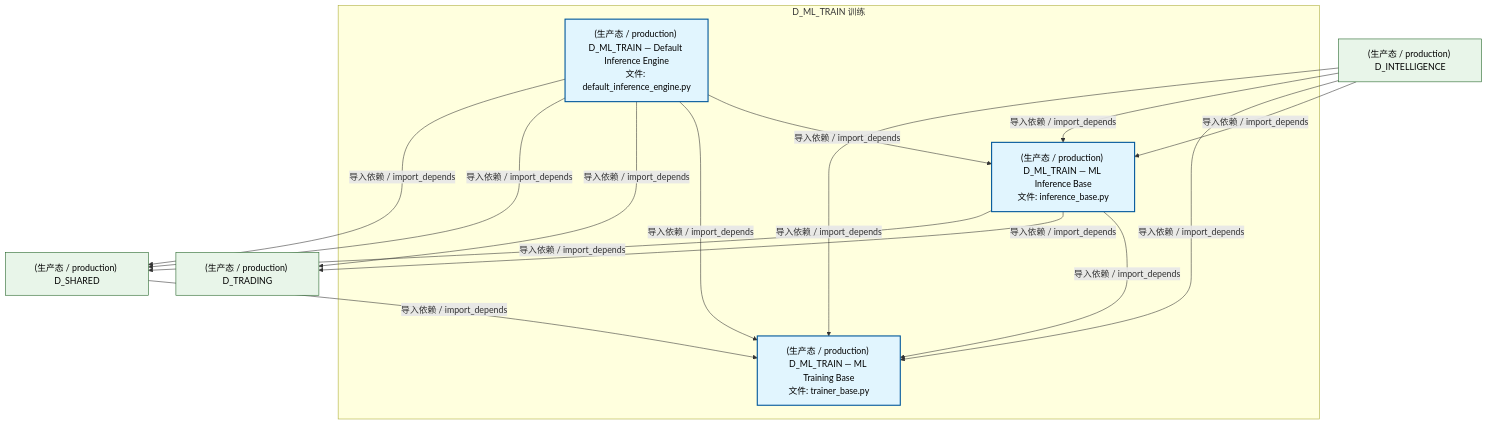
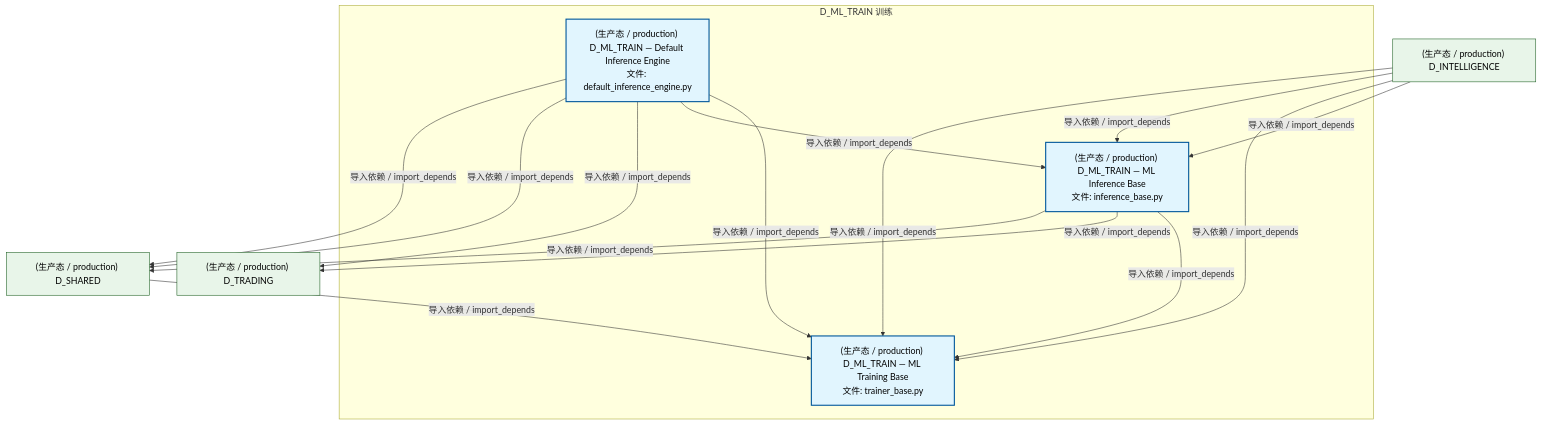
The second of 4 diagrams in docs/02_enterprise_architecture/02_domain_architecture_docs/61_d_ml_train.md (xuanFelixVan/ZephyrAlpha), drawn with Mermaid before and after one commit. The commit also changed other lines of this file and 50 other files, not shown here.

````diff
--- a/docs/02_enterprise_architecture/02_domain_architecture_docs/61_d_ml_train.md
+++ b/docs/02_enterprise_architecture/02_domain_architecture_docs/61_d_ml_train.md
@@ -101,30 +101,30 @@
 ```mermaid
 graph TD
     subgraph D_ML_TRAIN["D_ML_TRAIN 训练"]
         src_zephyr_ml_train_implementations_default_inference_engine_py["(生产态 / production) D_ML_TRAIN — Default Inference Engine<br/>文件: default_inference_engine.py"]
         src_zephyr_ml_train_inference_base_py["(生产态 / production) D_ML_TRAIN — ML Inference Base<br/>文件: inference_base.py"]
         src_zephyr_ml_train_trainer_base_py["(生产态 / production) D_ML_TRAIN — ML Training Base<br/>文件: trainer_base.py"]
     end
     src_zephyr_ml_train_inference_base_py -->|导入依赖 / import_depends| src_zephyr_ml_train_trainer_base_py
+    src_zephyr_ml_train_implementations_default_inference_engine_py -->|导入依赖 / import_depends| src_zephyr_ml_train_trainer_base_py
     src_zephyr_ml_train_implementations_default_inference_engine_py -->|导入依赖 / import_depends| src_zephyr_ml_train_inference_base_py
-    src_zephyr_ml_train_implementations_default_inference_engine_py -->|导入依赖 / import_depends| src_zephyr_ml_train_trainer_base_py
     D_TRADING["(生产态 / production) D_TRADING"]
     src_zephyr_ml_train_inference_base_py -->|导入依赖 / import_depends| D_TRADING
     D_SHARED["(生产态 / production) D_SHARED"]
     src_zephyr_ml_train_inference_base_py -->|导入依赖 / import_depends| D_SHARED
     src_zephyr_ml_train_implementations_default_inference_engine_py -->|导入依赖 / import_depends| D_TRADING
     src_zephyr_ml_train_implementations_default_inference_engine_py -->|导入依赖 / import_depends| D_SHARED
     src_zephyr_ml_train_implementations_default_inference_engine_py -->|导入依赖 / import_depends| D_SHARED
     D_INTELLIGENCE["(生产态 / production) D_INTELLIGENCE"]
     D_INTELLIGENCE -->|导入依赖 / import_depends| src_zephyr_ml_train_inference_base_py
     D_INTELLIGENCE -->|导入依赖 / import_depends| src_zephyr_ml_train_trainer_base_py
     D_SHARED -->|导入依赖 / import_depends| src_zephyr_ml_train_trainer_base_py
     D_INTELLIGENCE -->|导入依赖 / import_depends| src_zephyr_ml_train_inference_base_py
     D_INTELLIGENCE -->|导入依赖 / import_depends| src_zephyr_ml_train_trainer_base_py
     classDef production fill:#e1f5fe,stroke:#01579b,stroke-width:2px,color:#000
     classDef design fill:#fff3e0,stroke:#e65100,stroke-width:2px,color:#000,stroke-dasharray: 5 5
     classDef external_prod fill:#e8f5e9,stroke:#1b5e20,stroke-width:1px,color:#000
     classDef external_design fill:#fce4ec,stroke:#880e4f,stroke-width:1px,color:#000,stroke-dasharray: 5 5
     class src_zephyr_ml_train_implementations_default_inference_engine_py,src_zephyr_ml_train_inference_base_py,src_zephyr_ml_train_trainer_base_py production
     class D_TRADING,D_SHARED,D_INTELLIGENCE external_prod
 ```
````
